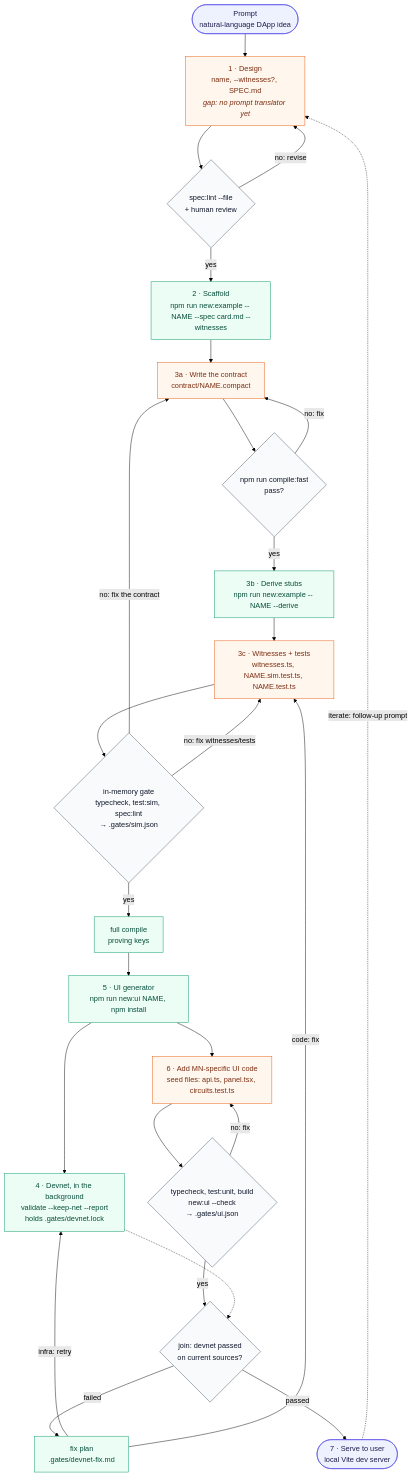
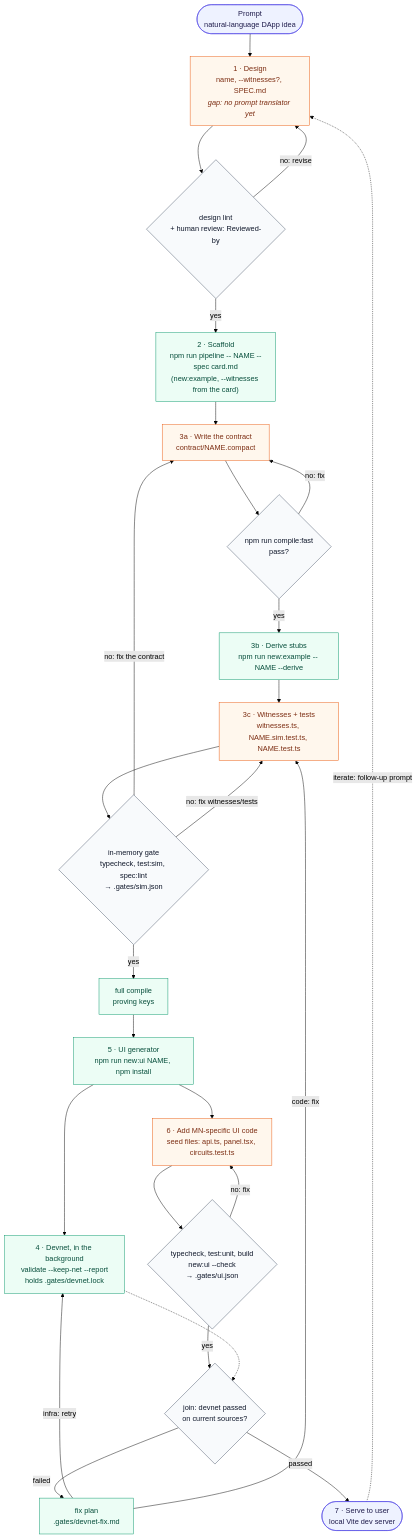
Before and after one commit to midnightntwrk/midnight-examples: the second of 2 diagrams in docs/generation-flow.md, drawn with Mermaid (forest theme). The commit also changed other lines of this file and 6 other files, not shown here.

First line of the commit message:
pipeline: scaffold an example from a reviewed design card (--spec)

````diff
--- a/docs/generation-flow.md
+++ b/docs/generation-flow.md
@@ -36,44 +36,44 @@
 ```mermaid
 flowchart TD
   P(["Prompt<br/>natural-language DApp idea"]):::io
   T["1 · Design<br/>name, --witnesses?, SPEC.md<br/><i>gap: no prompt translator yet</i>"]:::reason
-  H{"spec:lint --file<br/>+ human review"}:::gate
-  S["2 · Scaffold<br/>npm run new:example -- NAME --spec card.md --witnesses"]:::script
+  H{"design lint<br/>+ human review: Reviewed-by"}:::gate
+  S["2 · Scaffold<br/>npm run pipeline -- NAME --spec card.md<br/>(new:example, --witnesses from the card)"]:::script
   R1["3a · Write the contract<br/>contract/NAME.compact"]:::reason
   C{"npm run compile:fast<br/>pass?"}:::gate
   DV["3b · Derive stubs<br/>npm run new:example -- NAME --derive"]:::script
   R3["3c · Witnesses + tests<br/>witnesses.ts, NAME.sim.test.ts, NAME.test.ts"]:::reason
   M{"in-memory gate<br/>typecheck, test:sim, spec:lint<br/>→ .gates/sim.json"}:::gate
   FC["full compile<br/>proving keys"]:::script
   U["5 · UI generator<br/>npm run new:ui NAME, npm install"]:::script
   D["4 · Devnet, in the background<br/>validate --keep-net --report<br/>holds .gates/devnet.lock"]:::script
   R2["6 · Add MN-specific UI code<br/>seed files: api.ts, panel.tsx, circuits.test.ts"]:::reason
   B{"typecheck, test:unit, build<br/>new:ui --check<br/>→ .gates/ui.json"}:::gate
   J{"join: devnet passed<br/>on current sources?"}:::gate
   FX["fix plan<br/>.gates/devnet-fix.md"]:::script
   O(["7 · Serve to user<br/>local Vite dev server"]):::io
 
   P --> T --> H
   H -- "no: revise" --> T
   H -- yes --> S --> R1 --> C
   C -- "no: fix" --> R1
   C -- yes --> DV --> R3 --> M
   M -- "no: fix the contract" --> R1
   M -- "no: fix witnesses/tests" --> R3
   M -- yes --> FC --> U --> D
   U --> R2 --> B
   B -- "no: fix" --> R2
   B -- yes --> J
   D -.-> J
   J -- "failed" --> FX
   FX -- "infra: retry" --> D
   FX -- "code: fix" --> R3
   J -- "passed" --> O
   O -. "iterate: follow-up prompt" .-> T
 
   classDef io fill:#eef2ff,stroke:#4f46e5,color:#1e1b4b
   classDef script fill:#ecfdf5,stroke:#059669,color:#064e3b
   classDef reason fill:#fff7ed,stroke:#ea580c,color:#7c2d12
   classDef gate fill:#f8fafc,stroke:#475569,color:#0f172a
   classDef gap fill:#f1f5f9,stroke:#94a3b8,color:#475569,stroke-dasharray: 4 3
 ```
````
